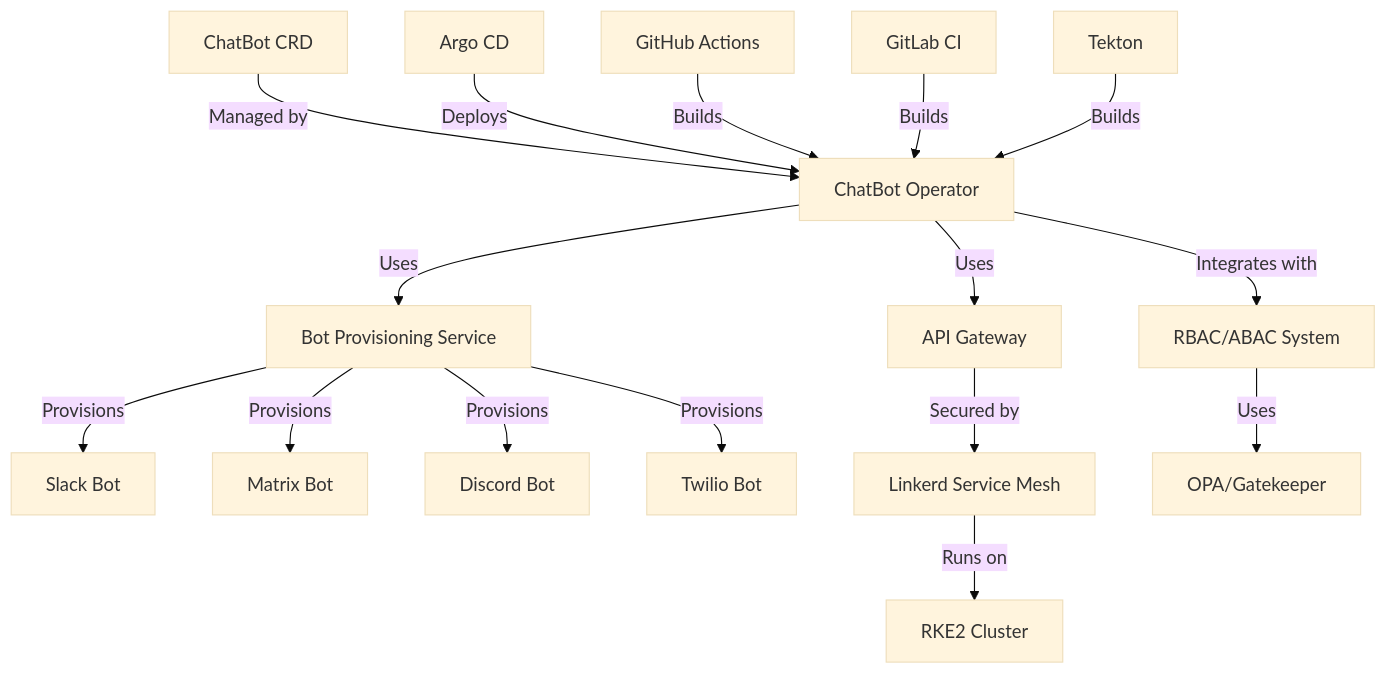
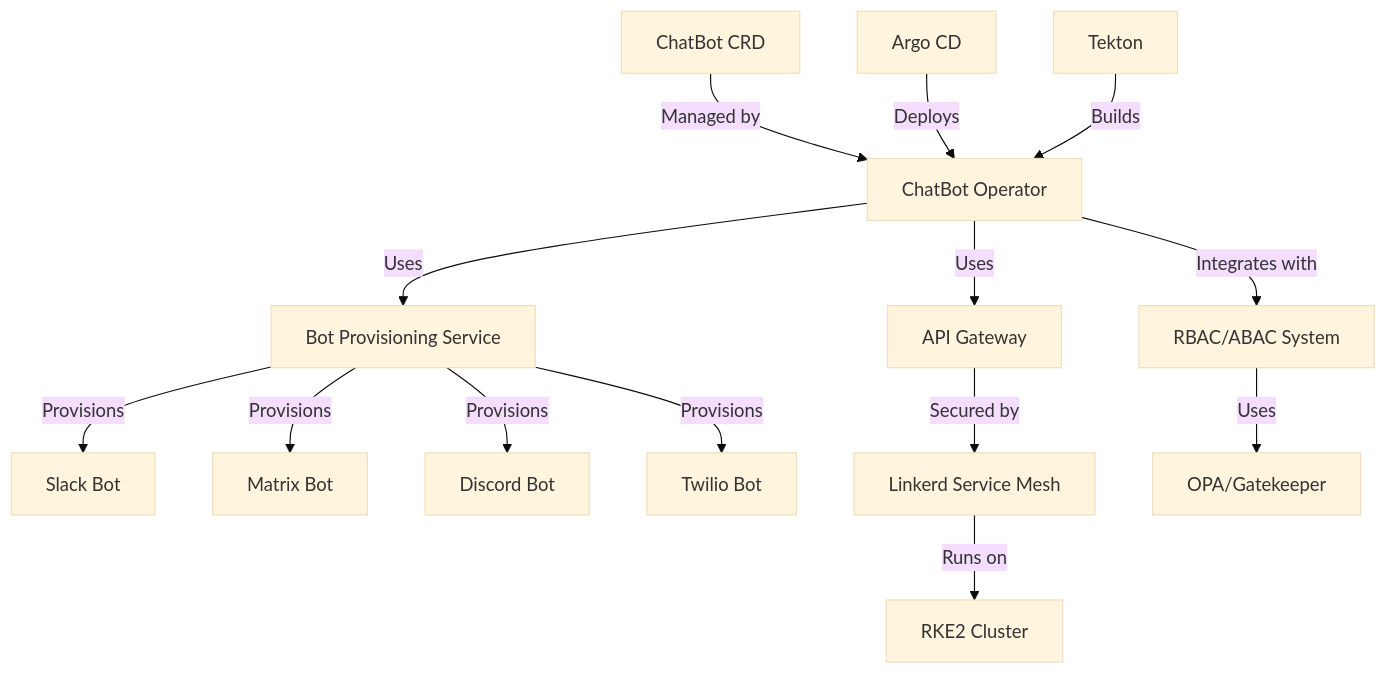
One commit to FruityWelsh/bot-maker changed the first of 2 diagrams in docs/adr/architecture-decisions.md. Above: the diagram before and after it, drawn with Mermaid (base theme). The commit also changed other lines of this file and 8 other files, not shown here.

````diff
--- a/docs/adr/architecture-decisions.md
+++ b/docs/adr/architecture-decisions.md
@@ -430,18 +430,16 @@
 ```mermaid
 graph TD
     A[ChatBot CRD] -->|Managed by| B[ChatBot Operator]
     B -->|Uses| C[Bot Provisioning Service]
     B -->|Uses| D[API Gateway]
     C -->|Provisions| E[Slack Bot]
     C -->|Provisions| F[Matrix Bot]
     C -->|Provisions| G[Discord Bot]
     C -->|Provisions| H[Twilio Bot]
     D -->|Secured by| I[Linkerd Service Mesh]
     I -->|Runs on| J[RKE2 Cluster]
     B -->|Integrates with| K[RBAC/ABAC System]
     K -->|Uses| L[OPA/Gatekeeper]
     M[Argo CD] -->|Deploys| B
-    N[GitHub Actions] -->|Builds| B
-    O[GitLab CI] -->|Builds| B
-    P[Tekton] -->|Builds| B
+    N[Tekton] -->|Builds| B
 ```
````
